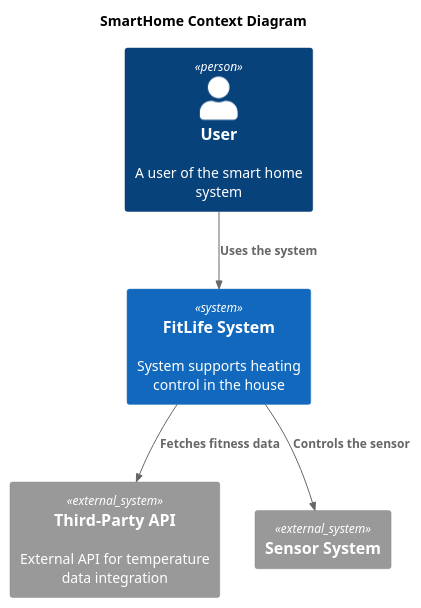
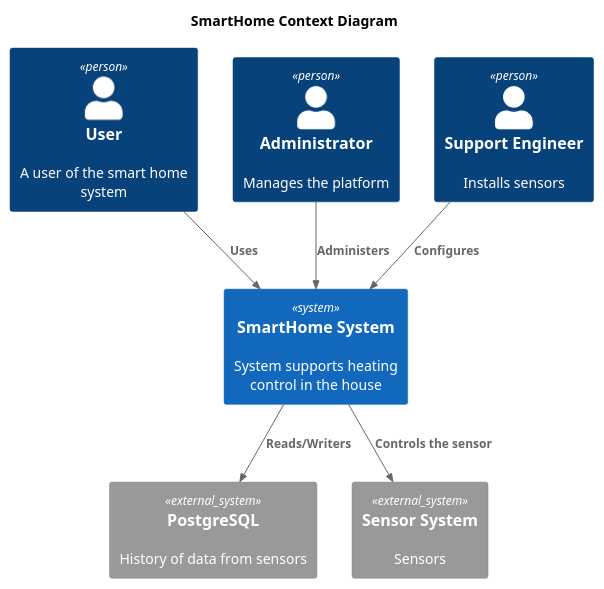
One commit to rume73/architecture-warmhouse changed the diagram in apps/smart_home/diagrams/context/SmartHome_Context.puml. Above: the diagram before and after it, drawn with PlantUML. The commit also changed 1 other file, not shown here.

```diff
--- a/apps/smart_home/diagrams/context/SmartHome_Context.puml
+++ b/apps/smart_home/diagrams/context/SmartHome_Context.puml
@@ -3,17 +3,24 @@
 @startuml
 title SmartHome Context Diagram
 
 top to bottom direction
 
 !includeurl https://raw.githubusercontent.com/RicardoNiepel/C4-PlantUML/master/C4_Component.puml
 
 Person(user, "User", "A user of the smart home system")
-System(SmartHome, "FitLife System", "System supports heating control in the house")
-System_Ext(api, "Third-Party API", "External API for temperature data integration")
-System_Ext(sensors, "Sensor System", "")
+Person(admin, "Administrator", "Manages the platform")
+Person(support, "Support Engineer", "Installs sensors")
 
-Rel(user, SmartHome, "Uses the system")
-Rel(SmartHome, api, "Fetches fitness data")
-Rel(SmartHome, sensors, "Controls the sensor")
+System(SmartHome, "SmartHome System", "System supports heating control in the house")
+
+System_Ext(database, "PostgreSQL", "History of data from sensors")
+System_Ext(devices, "Sensor System", "Sensors")
+
+Rel(user, SmartHome, "Uses")
+Rel(support, SmartHome, "Configures")
+Rel(admin, SmartHome, "Administers")
+
+Rel(SmartHome, database, "Reads/Writers")
+Rel(SmartHome, devices, "Controls the sensor")
 
 @enduml
```
